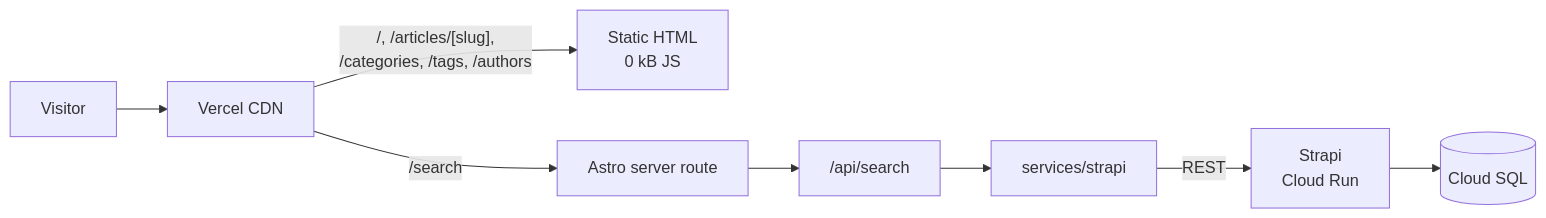
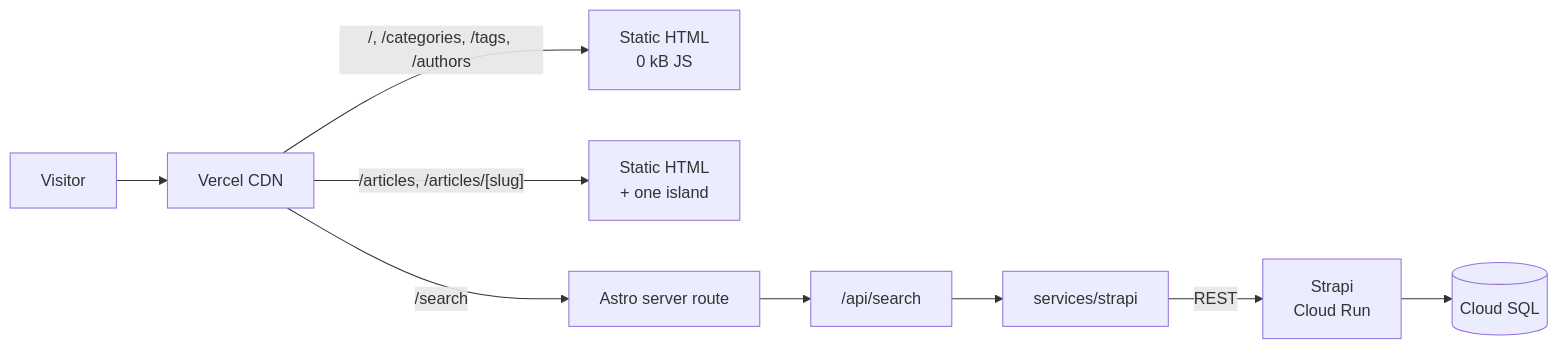
One commit to AnggaWikaNugraha/knowly-headless-cms changed the second of 3 diagrams in docs/ARCHITECTURE.md. Above: the diagram before and after it, drawn with Mermaid. The commit also changed other lines of this file and 22 other files, not shown here.

````diff
--- a/docs/ARCHITECTURE.md
+++ b/docs/ARCHITECTURE.md
@@ -79,10 +79,11 @@
 ```mermaid
 flowchart LR
     U["Visitor"] --> CDN["Vercel CDN"]
-    CDN -->|"/, /articles/[slug],<br/>/categories, /tags, /authors"| H["Static HTML<br/>0 kB JS"]
+    CDN -->|"/, /categories, /tags, /authors"| H["Static HTML<br/>0 kB JS"]
+    CDN -->|"/articles, /articles/[slug]"| I["Static HTML<br/>+ one island"]
     CDN -->|"/search"| F["Astro server route"]
     F --> API["/api/search"]
     API --> SL["services/strapi"]
     SL -->|"REST"| S["Strapi<br/>Cloud Run"]
     S --> DB[("Cloud SQL")]
 ```
````
